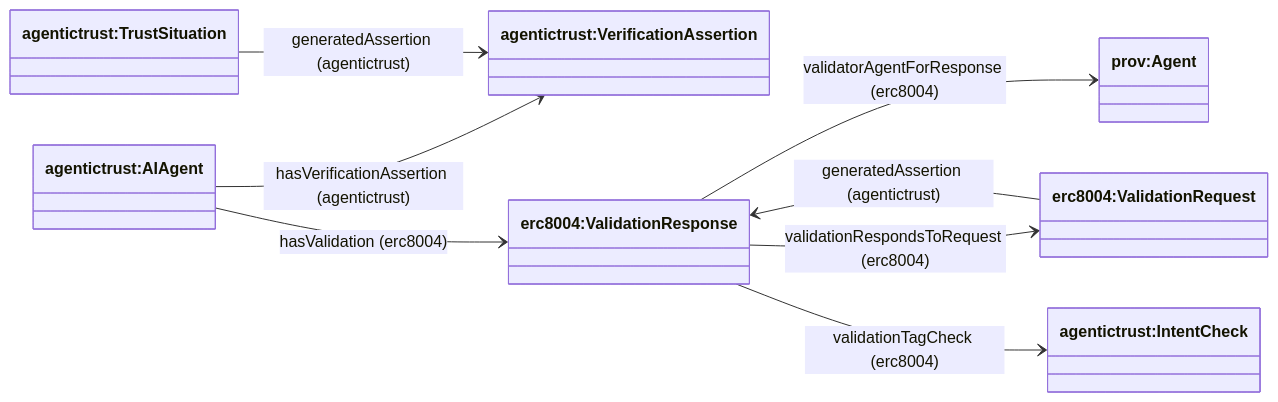
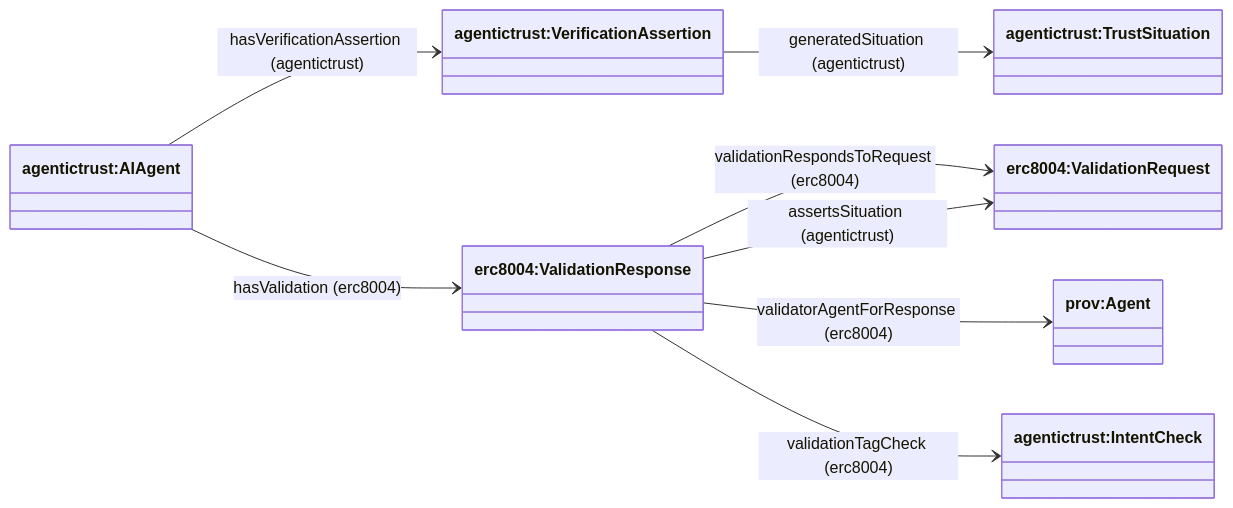
One commit to Agentic-Trust-Layer/agent-explorer changed the second of 2 diagrams in docs/ontology/verificationassertion.md. Above: the diagram before and after it, drawn with Mermaid. The commit also changed other lines of this file and 18 other files, not shown here.

````diff
--- a/docs/ontology/verificationassertion.md
+++ b/docs/ontology/verificationassertion.md
@@ -29,22 +29,22 @@
 ```mermaid
 classDiagram
 direction LR
 
 class AIAgent["agentictrust:AIAgent"]
 class VerificationAssertion["agentictrust:VerificationAssertion"]
 class ValidationResponse["erc8004:ValidationResponse"]
 class ValidationRequest["erc8004:ValidationRequest"]
 class TrustSituation["agentictrust:TrustSituation"]
 class IntentCheck["agentictrust:IntentCheck"]
 class provAgent["prov:Agent"]
 
 AIAgent --> VerificationAssertion : hasVerificationAssertion (agentictrust)
 AIAgent --> ValidationResponse : hasValidation (erc8004)
 
 ValidationResponse --> ValidationRequest : validationRespondsToRequest (erc8004)
 ValidationResponse --> provAgent : validatorAgentForResponse (erc8004)
 ValidationResponse --> IntentCheck : validationTagCheck (erc8004)
 
-TrustSituation --> VerificationAssertion : generatedAssertion (agentictrust)
-ValidationRequest --> ValidationResponse : generatedAssertion (agentictrust)
+VerificationAssertion --> TrustSituation : generatedSituation (agentictrust)
+ValidationResponse --> ValidationRequest : assertsSituation (agentictrust)
 ```
````
